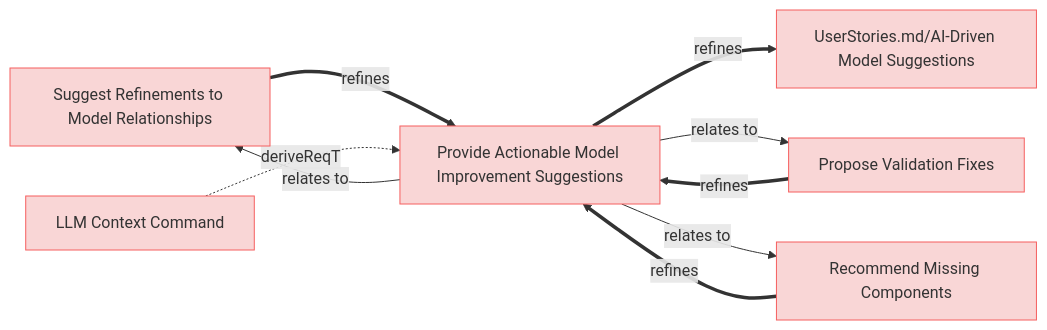
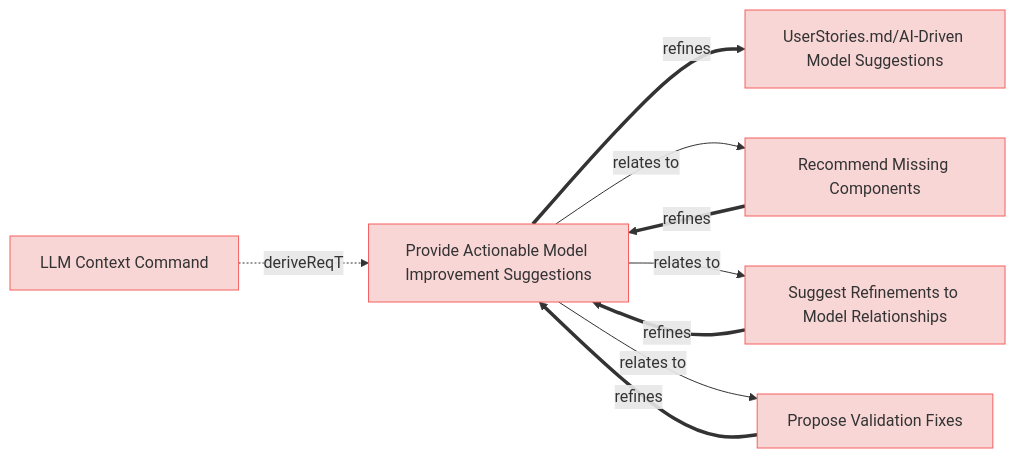
The sixth of 10 diagrams in specifications/UserRequirements.md (reqvire-org/reqvire), drawn with Mermaid before and after one commit. The commit also changed other lines of this file and 16 other files, not shown here.

````diff
--- a/specifications/UserRequirements.md
+++ b/specifications/UserRequirements.md
@@ -505,35 +505,35 @@
 ```mermaid
 graph LR;
   %% Graph styling
   classDef requirement fill:#f9d6d6,stroke:#f55f5f,stroke-width:1px;
   classDef verification fill:#d6f9d6,stroke:#5fd75f,stroke-width:1px;
   classDef externalLink fill:#d0e0ff,stroke:#3080ff,stroke-width:1px;
   classDef default fill:#f5f5f5,stroke:#333333,stroke-width:1px;
 
-  72e13dc549["Suggest Refinements to Model Relationships"];
-  click 72e13dc549 "UserRequirements.md#suggest-refinements-to-model-relationships";
-  class 72e13dc549 requirement;
   ec56dd665a["Provide Actionable Model Improvement Suggestions"];
+  click ec56dd665a "UserRequirements.md#provide-actionable-model-improvement-suggestions";
   class ec56dd665a requirement;
-  click ec56dd665a "UserRequirements.md#provide-actionable-model-improvement-suggestions";
-  72e13dc549 ==>|refines| ec56dd665a;
-  44c87c93a4["Propose Validation Fixes"];
-  click 44c87c93a4 "UserRequirements.md#propose-validation-fixes";
-  class 44c87c93a4 requirement;
-  44c87c93a4 ==>|refines| ec56dd665a;
-  a8f00c5619["Recommend Missing Components"];
-  click a8f00c5619 "UserRequirements.md#recommend-missing-components";
-  class a8f00c5619 requirement;
-  a8f00c5619 ==>|refines| ec56dd665a;
   6912d98267["UserStories.md/AI-Driven Model Suggestions"];
   class 6912d98267 requirement;
   click 6912d98267 "UserStories.md#ai-driven-model-suggestions";
   ec56dd665a ==>|refines| 6912d98267;
-  ec56dd665a -->|relates to| 72e13dc549;
   8ba9c7e059["LLM Context Command"];
   class 8ba9c7e059 requirement;
   click 8ba9c7e059 "SystemRequirements/Requirements.md#llm-context-command";
   8ba9c7e059 -.->|deriveReqT| ec56dd665a;
+  a8f00c5619["Recommend Missing Components"];
+  class a8f00c5619 requirement;
+  click a8f00c5619 "UserRequirements.md#recommend-missing-components";
+  ec56dd665a -->|relates to| a8f00c5619;
+  72e13dc549["Suggest Refinements to Model Relationships"];
+  class 72e13dc549 requirement;
+  click 72e13dc549 "UserRequirements.md#suggest-refinements-to-model-relationships";
+  ec56dd665a -->|relates to| 72e13dc549;
+  44c87c93a4["Propose Validation Fixes"];
+  class 44c87c93a4 requirement;
+  click 44c87c93a4 "UserRequirements.md#propose-validation-fixes";
   ec56dd665a -->|relates to| 44c87c93a4;
-  ec56dd665a -->|relates to| a8f00c5619;
+  a8f00c5619 ==>|refines| ec56dd665a;
+  72e13dc549 ==>|refines| ec56dd665a;
+  44c87c93a4 ==>|refines| ec56dd665a;
 ```
````
